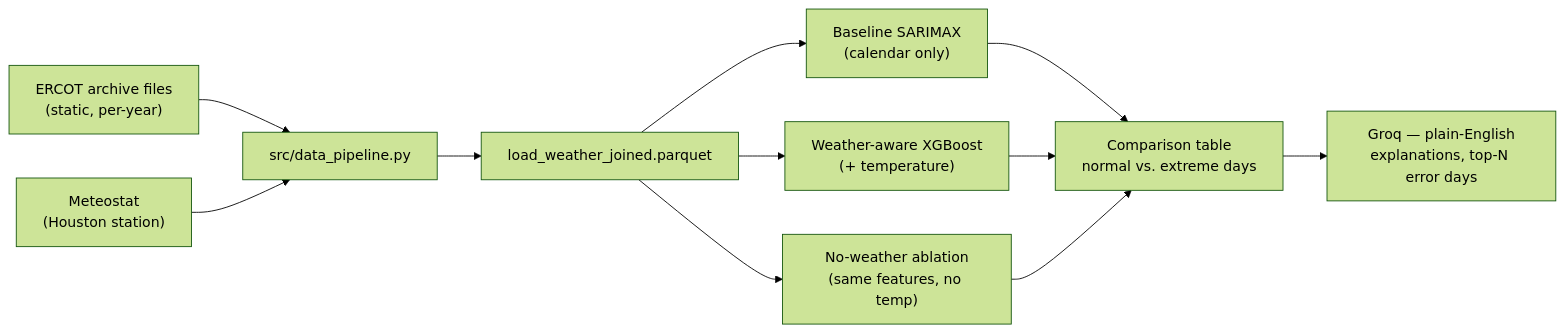
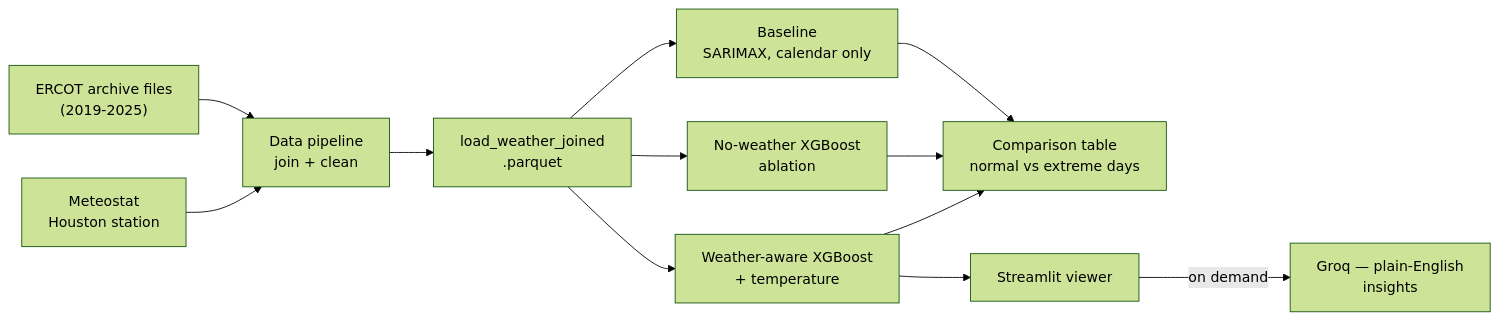
Before and after one commit to YashShrivastava4/ercot-forecasting: the first of 2 diagrams in README.md, drawn with Mermaid (forest theme). The commit also changed other lines of this file, not shown here.

````diff
--- a/README.md
+++ b/README.md
@@ -93,13 +60,14 @@
 ```mermaid
 flowchart LR
-    E["ERCOT archive files<br/>(static, per-year)"] --> P["src/data_pipeline.py"]
-    M["Meteostat<br/>(Houston station)"] --> P
-    P --> J["load_weather_joined.parquet"]
-    J --> B["Baseline SARIMAX<br/>(calendar only)"]
-    J --> W["Weather-aware XGBoost<br/>(+ temperature)"]
-    J --> A["No-weather ablation<br/>(same features, no temp)"]
-    B --> C["Comparison table<br/>normal vs. extreme days"]
+    E["ERCOT archive files<br/>(2019-2025)"] --> P["Data pipeline<br/>join + clean"]
+    M["Meteostat<br/>Houston station"] --> P
+    P --> J["load_weather_joined<br/>.parquet"]
+    J --> B["Baseline<br/>SARIMAX, calendar only"]
+    J --> N["No-weather XGBoost<br/>ablation"]
+    J --> W["Weather-aware XGBoost<br/>+ temperature"]
+    B --> C["Comparison table<br/>normal vs extreme days"]
+    N --> C
     W --> C
-    A --> C
-    C --> L["Groq — plain-English<br/>explanations, top-N error days"]
+    W --> S["Streamlit viewer"]
+    S -->|"on demand"| G["Groq — plain-English<br/>insights"]
 ```
````
